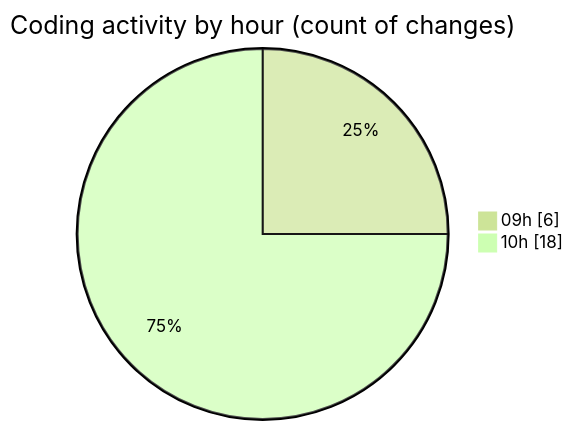
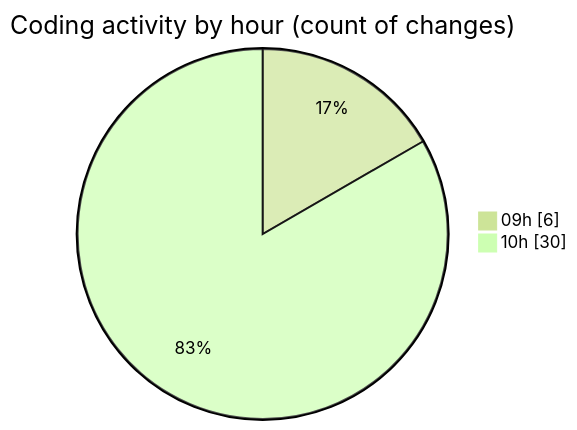
One commit to momahboobian/code-tracking changed the second of 2 diagrams in 2026-08-26/cda/README.md. Above: the diagram before and after it, drawn with Mermaid (forest theme). The commit also changed other lines of this file and 1 other file, not shown here.

````diff
--- a/2026-08-26/cda/README.md
+++ b/2026-08-26/cda/README.md
@@ -34,6 +38,6 @@
 ```mermaid
 pie showData
 title Coding activity by hour (count of changes)
 "09h" : 6
-"10h" : 18
+"10h" : 30
 ```
````
